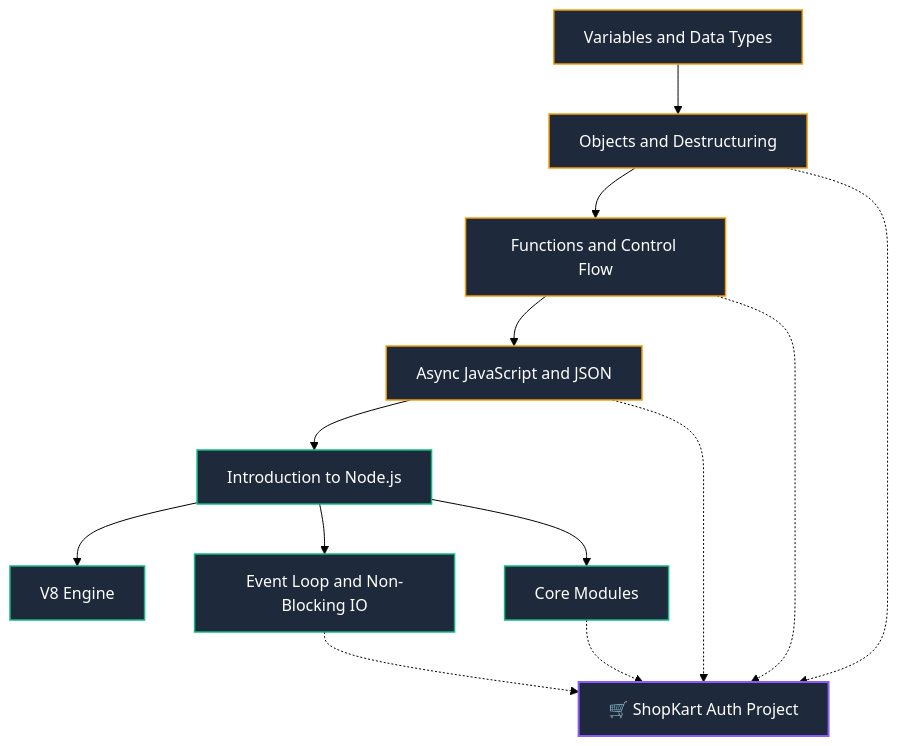
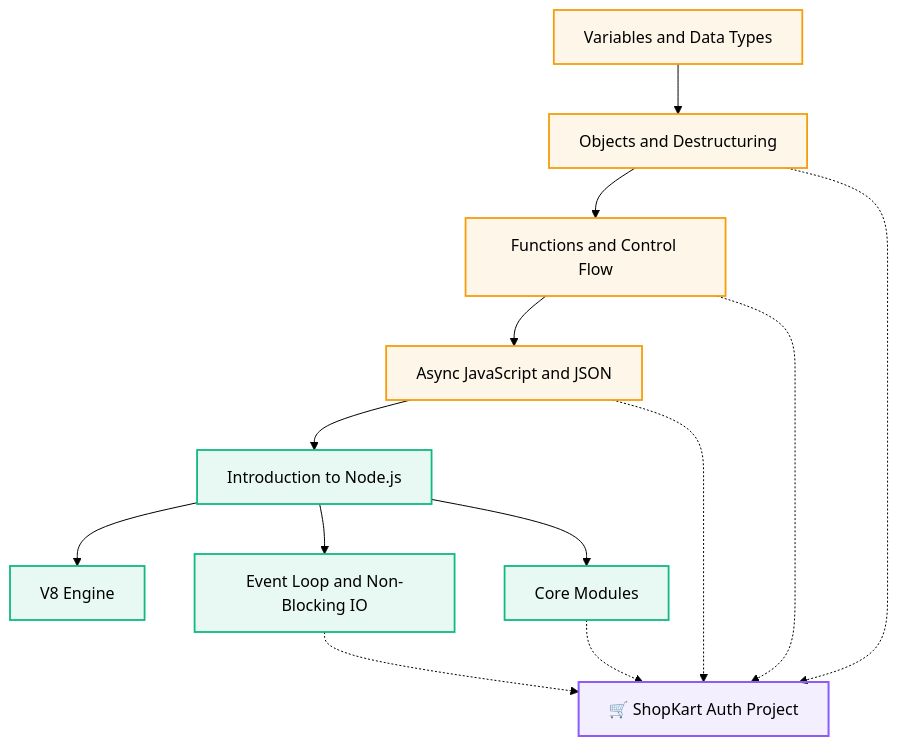
The second of 2 diagrams in WebDev/Backend/README.md (abhinavbharti2345/CS_Notes), drawn with Mermaid (forest theme) before and after one commit. The commit also changed other lines of this file and 47 other files, not shown here.

Commit message:
docs: add computer science study notes and generate graphify visualization output

````diff
--- a/WebDev/Backend/README.md
+++ b/WebDev/Backend/README.md
@@ -71,24 +71,24 @@
 ```mermaid
 flowchart TD
     V["Variables and Data Types"] --> O["Objects and Destructuring"]
     O --> F["Functions and Control Flow"]
     F --> A["Async JavaScript and JSON"]
     
     A --> N["Introduction to Node.js"]
     N --> V8["V8 Engine"]
     N --> EL["Event Loop and Non-Blocking IO"]
     N --> CM["Core Modules"]
 
     O -.-> SK["🛒 ShopKart Auth Project"]
     F -.-> SK
     A -.-> SK
     EL -.-> SK
     CM -.-> SK
 
-    classDef js fill:#1e293b,stroke:#f59e0b,stroke-width:1.5px,color:#fff;
-    classDef node fill:#1e293b,stroke:#10b981,stroke-width:1.5px,color:#fff;
-    classDef proj fill:#1e293b,stroke:#8b5cf6,stroke-width:2px,color:#fff;
+    classDef js fill:#f59e0b18,stroke:#f59e0b,stroke-width:1.8px;
+    classDef node fill:#10b98118,stroke:#10b981,stroke-width:1.8px;
+    classDef proj fill:#8b5cf618,stroke:#8b5cf6,stroke-width:2px;
     class V,O,F,A js;
     class N,V8,EL,CM node;
     class SK proj;
 ```
````
